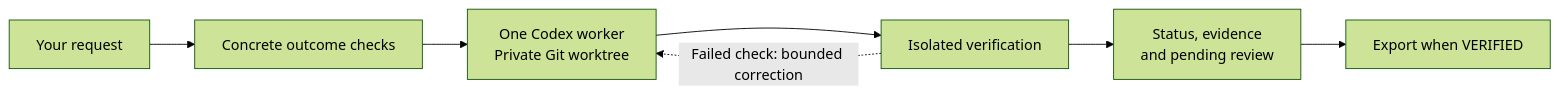
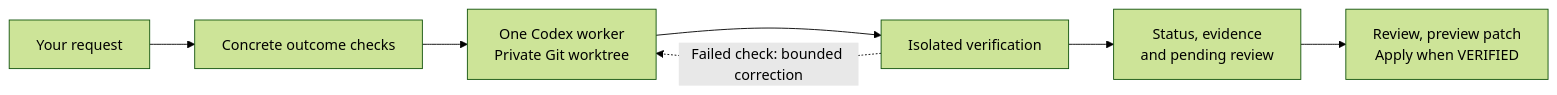
Before and after one commit to PrzemyslaV88/cstack: the diagram in README.md, drawn with Mermaid (forest theme). The commit also changed other lines of this file and 119 other files, not shown here.

````diff
--- a/README.md
+++ b/README.md
@@ -124,9 +142,9 @@
 ```mermaid
 flowchart LR
     A["Your request"] --> B["Concrete outcome checks"]
     B --> C["One Codex worker<br/>Private Git worktree"]
     C --> D["Isolated verification"]
     D --> E["Status, evidence<br/>and pending review"]
     D -. "Failed check: bounded correction" .-> C
-    E --> F["Export when VERIFIED"]
+    E --> F["Review, preview patch<br/>Apply when VERIFIED"]
 ```
````
